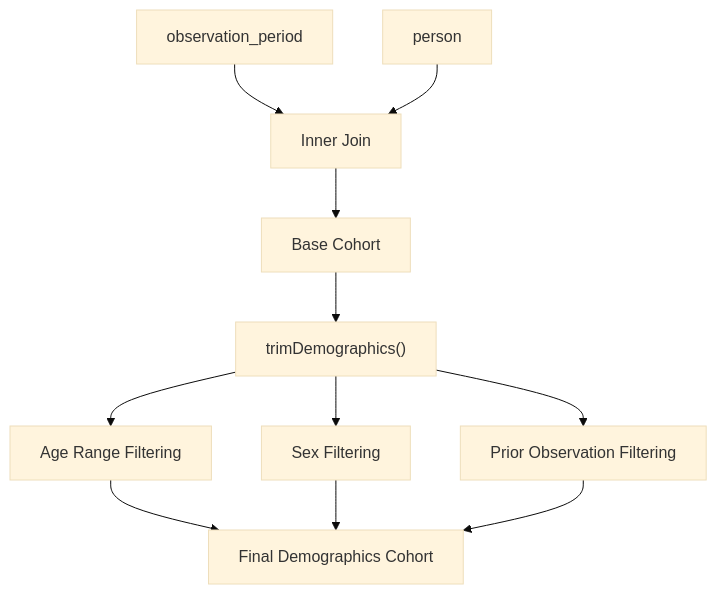
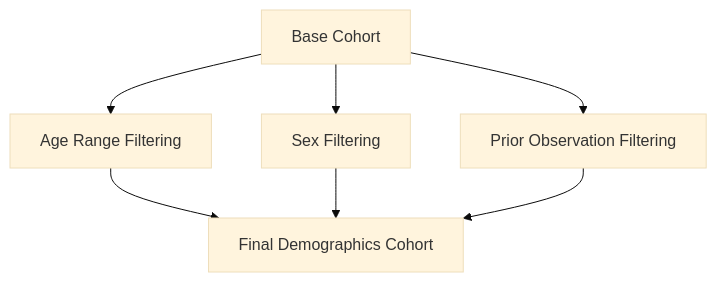
The third of 6 diagrams in docs/data_analysis/package_reference/cohortconstructor.md (iomedhealth/OMOPAnalyticsGuide), drawn with Mermaid (base theme) before and after one commit. The commit also changed other lines of this file, not shown here.

Commit message:
Simplify chart

````diff
--- a/docs/data_analysis/package_reference/cohortconstructor.md
+++ b/docs/data_analysis/package_reference/cohortconstructor.md
@@ -184,11 +141,8 @@
 ```mermaid
 flowchart TD
-    OBS["observation_period"] --> JOIN["Inner Join"]
-    PERSON["person"] --> JOIN
-    JOIN --> BASE["Base Cohort"]
-    BASE --> TRIM["trimDemographics()"]
-    TRIM --> AGE["Age Range Filtering"]
-    TRIM --> SEX["Sex Filtering"]
-    TRIM --> PRIOR["Prior Observation Filtering"]
+    BASE["Base Cohort"]
+    BASE --> AGE["Age Range Filtering"]
+    BASE --> SEX["Sex Filtering"]
+    BASE --> PRIOR["Prior Observation Filtering"]
     AGE & SEX & PRIOR --> FINAL["Final Demographics Cohort"]
 ```
````
